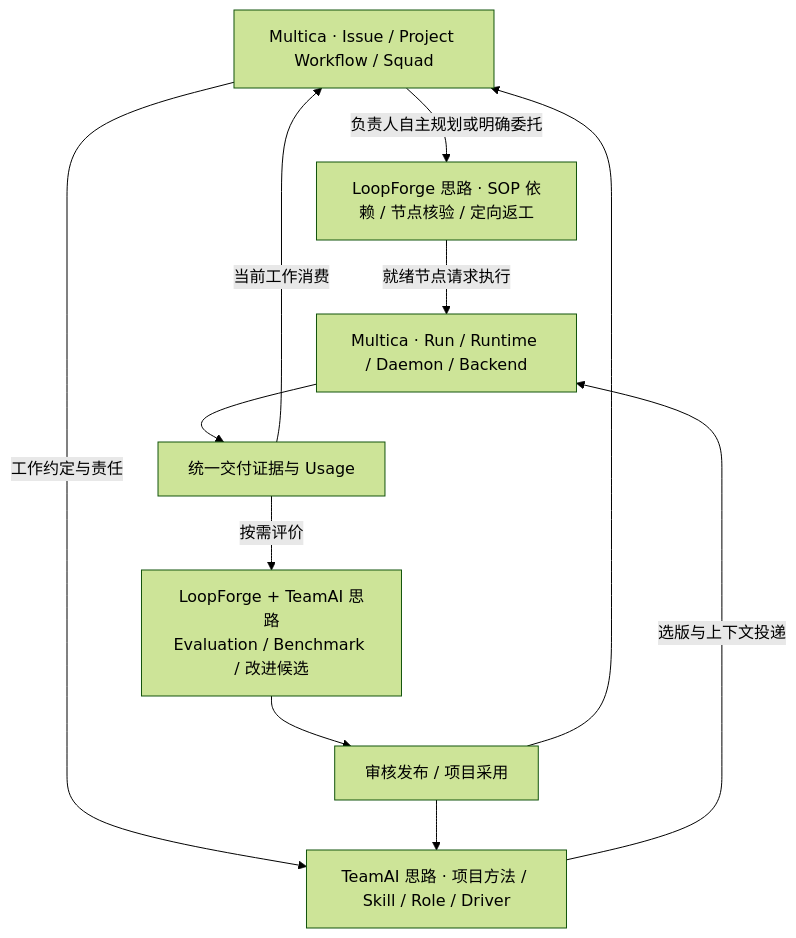
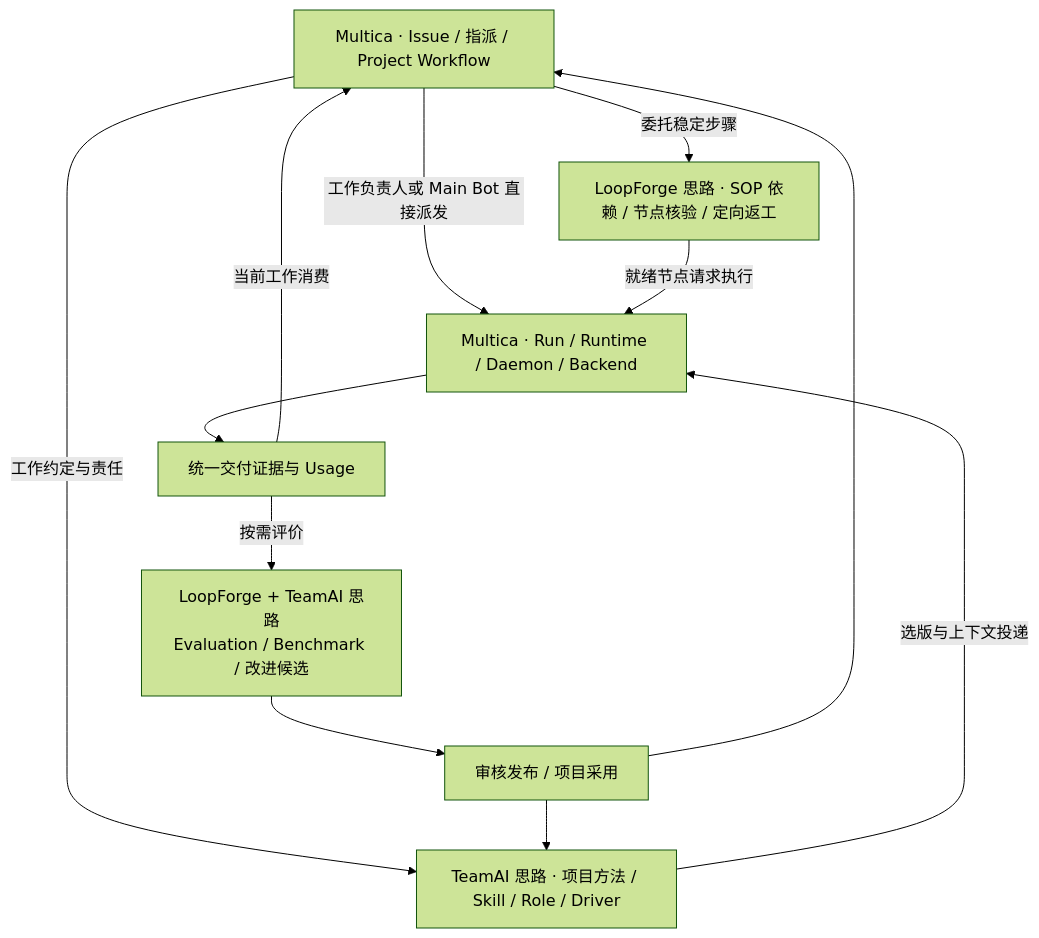
One commit to ScWen7/Issues changed the fourth of 7 diagrams in docs/architecture/system-architecture.md. Above: the diagram before and after it, drawn with Mermaid (forest theme). The commit also changed other lines of this file and 11 other files, not shown here.

Commit message:
docs: integrate Main Bot delegation, native issue wakeups and delivery lifecycle

```diff
--- a/docs/architecture/system-architecture.md
+++ b/docs/architecture/system-architecture.md
@@ -251,20 +251,21 @@
 ~~~mermaid
 flowchart TB
-  Work["Multica · Issue / Project Workflow / Squad"]
+  Work["Multica · Issue / 指派 / Project Workflow"]
   Method["TeamAI 思路 · 项目方法 / Skill / Role / Driver"]
   SOP["LoopForge 思路 · SOP 依赖 / 节点核验 / 定向返工"]
   Run["Multica · Run / Runtime / Daemon / Backend"]
   Evidence["统一交付证据与 Usage"]
   Improve["LoopForge + TeamAI 思路<br/>Evaluation / Benchmark / 改进候选"]
   Release["审核发布 / 项目采用"]
-  Work -->|"负责人自主规划或明确委托"| SOP
+  Work -->|"工作负责人或 Main Bot 直接派发"| Run
+  Work -->|"委托稳定步骤"| SOP
   Work -->|"工作约定与责任"| Method
   Method -->|"选版与上下文投递"| Run
   SOP -->|"就绪节点请求执行"| Run
   Run --> Evidence
   Evidence -->|"当前工作消费"| Work
   Evidence -->|"按需评价"| Improve
   Improve --> Release
   Release --> Method
   Release --> Work
 ~~~
```
